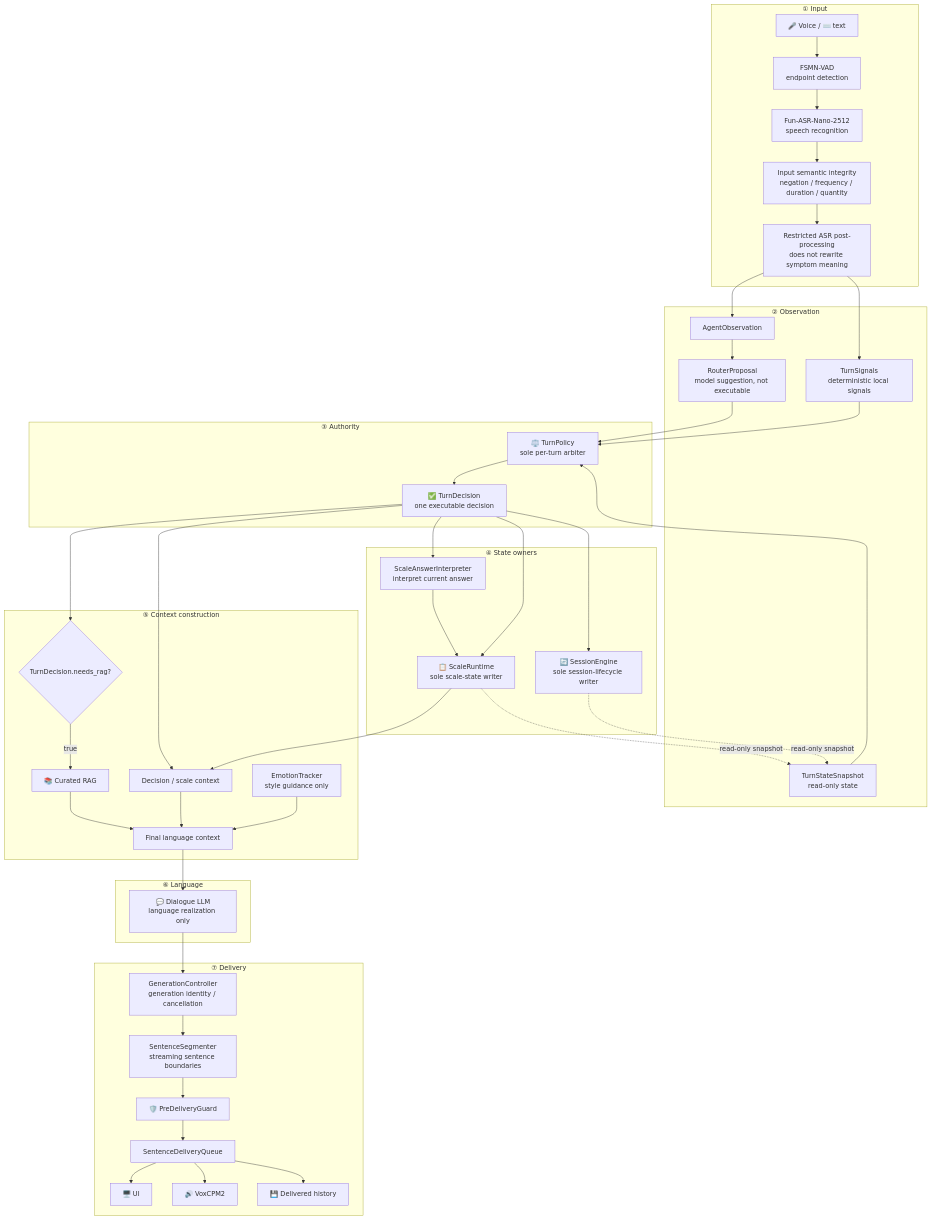
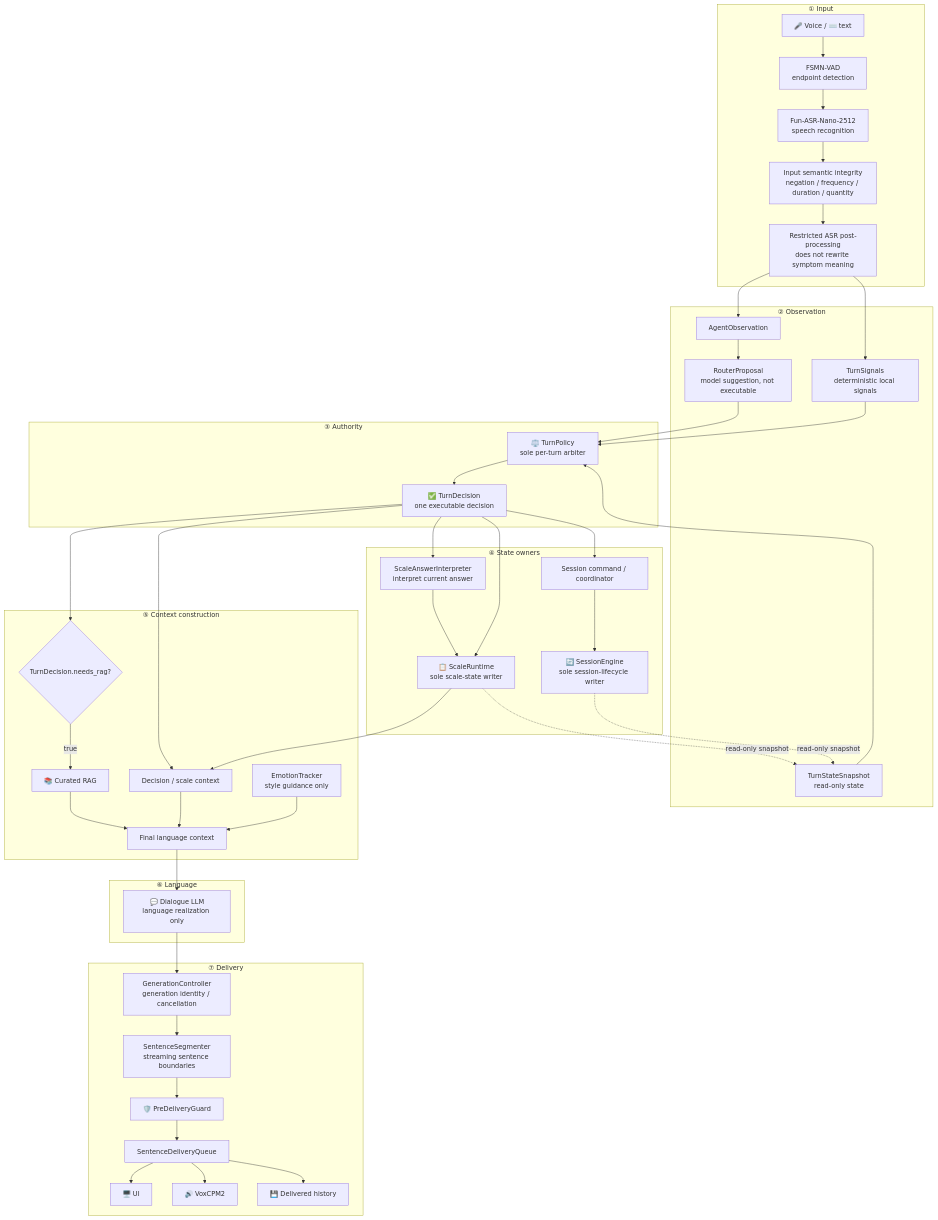
The sixth of 10 diagrams in README.md (jersery66/voicechat3), drawn with Mermaid before and after one commit. The commit also changed other lines of this file, not shown here.

````diff
--- a/README.md
+++ b/README.md
@@ -1121,76 +1129,78 @@
 ```mermaid
 flowchart TB
     subgraph INPUT["① Input"]
         U["🎤 Voice / ⌨️ text"]
         VAD["FSMN-VAD<br/>endpoint detection"]
         ASR["Fun-ASR-Nano-2512<br/>speech recognition"]
         SEM["Input semantic integrity<br/>negation / frequency / duration / quantity"]
         CLEAN["Restricted ASR post-processing<br/>does not rewrite symptom meaning"]
         U --> VAD
         VAD --> ASR
         ASR --> SEM
         SEM --> CLEAN
     end
     subgraph OBS["② Observation"]
         AO["AgentObservation"]
         RP["RouterProposal<br/>model suggestion, not executable"]
         TS["TurnSignals<br/>deterministic local signals"]
         SNAP["TurnStateSnapshot<br/>read-only state"]
         AO --> RP
     end
     subgraph AUTH["③ Authority"]
         TP["⚖️ TurnPolicy<br/>sole per-turn arbiter"]
         TD["✅ TurnDecision<br/>one executable decision"]
         RP --> TP
         TS --> TP
         SNAP --> TP
         TP --> TD
     end
     subgraph STATE["④ State owners"]
         SAI["ScaleAnswerInterpreter<br/>interpret current answer"]
         SR["📋 ScaleRuntime<br/>sole scale-state writer"]
+        CMD["Session command / coordinator"]
         SE["🔄 SessionEngine<br/>sole session-lifecycle writer"]
         TD --> SAI
         SAI --> SR
         TD --> SR
-        TD --> SE
+        TD --> CMD
+        CMD --> SE
     end
     subgraph CONTEXT["⑤ Context construction"]
         RAG{"TurnDecision.needs_rag?"}
         KB["📚 Curated RAG"]
         DC["Decision / scale context"]
         ET["EmotionTracker<br/>style guidance only"]
         CTX["Final language context"]
         TD --> RAG
         RAG -->|true| KB
         KB --> CTX
         TD --> DC
         DC --> CTX
         ET --> CTX
     end
     subgraph LANGUAGE["⑥ Language"]
         LLM["💬 Dialogue LLM<br/>language realization only"]
         CTX --> LLM
     end
     subgraph DELIVERY["⑦ Delivery"]
         GC["GenerationController<br/>generation identity / cancellation"]
         SS["SentenceSegmenter<br/>streaming sentence boundaries"]
         PG["🛡️ PreDeliveryGuard"]
         DQ["SentenceDeliveryQueue"]
         UI["🖥️ UI"]
         TTS["🔊 VoxCPM2"]
         HIST["💾 Delivered history"]
         LLM --> GC
         GC --> SS
         SS --> PG
         PG --> DQ
         DQ --> UI
         DQ --> TTS
         DQ --> HIST
     end
     CLEAN --> AO
     CLEAN --> TS
     SR -.read-only snapshot.-> SNAP
     SE -.read-only snapshot.-> SNAP
     SR --> DC
 ```
````
